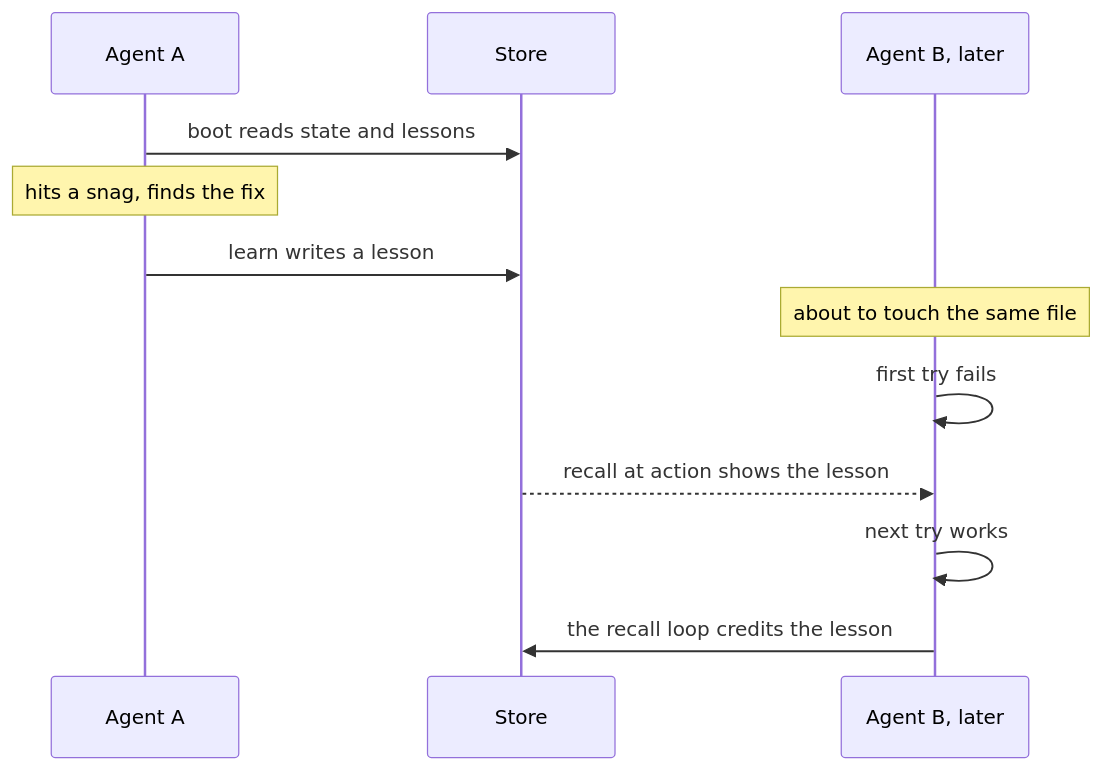
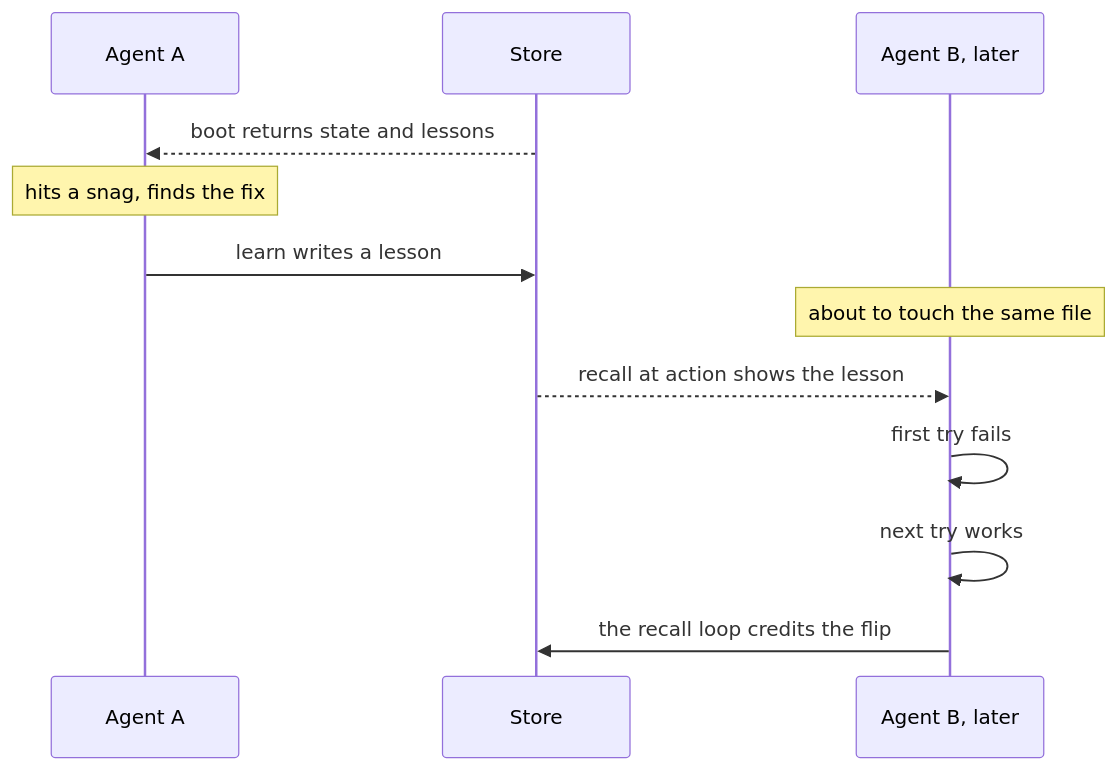
One commit to balanced7/akashic-aurora changed the diagram in apps/docs/content/docs/concepts/memory/index.mdx. Above: the diagram before and after it, drawn with Mermaid. The commit also changed other lines of this file and 4 other files, not shown here.

First line of the commit message:
docs(docs-site): correct boot, notes and lessons against the code

````diff
--- a/apps/docs/content/docs/concepts/memory/index.mdx
+++ b/apps/docs/content/docs/concepts/memory/index.mdx
@@ -11,14 +12,14 @@
 ```mermaid
 sequenceDiagram
   participant A as Agent A
   participant S as Store
   participant B as Agent B, later
-  A->>S: boot reads state and lessons
+  S-->>A: boot returns state and lessons
   Note over A: hits a snag, finds the fix
   A->>S: learn writes a lesson
   Note over B: about to touch the same file
+  S-->>B: recall at action shows the lesson
   B->>B: first try fails
-  S-->>B: recall at action shows the lesson
   B->>B: next try works
-  B->>S: the recall loop credits the lesson
+  B->>S: the recall loop credits the flip
 ```
````
